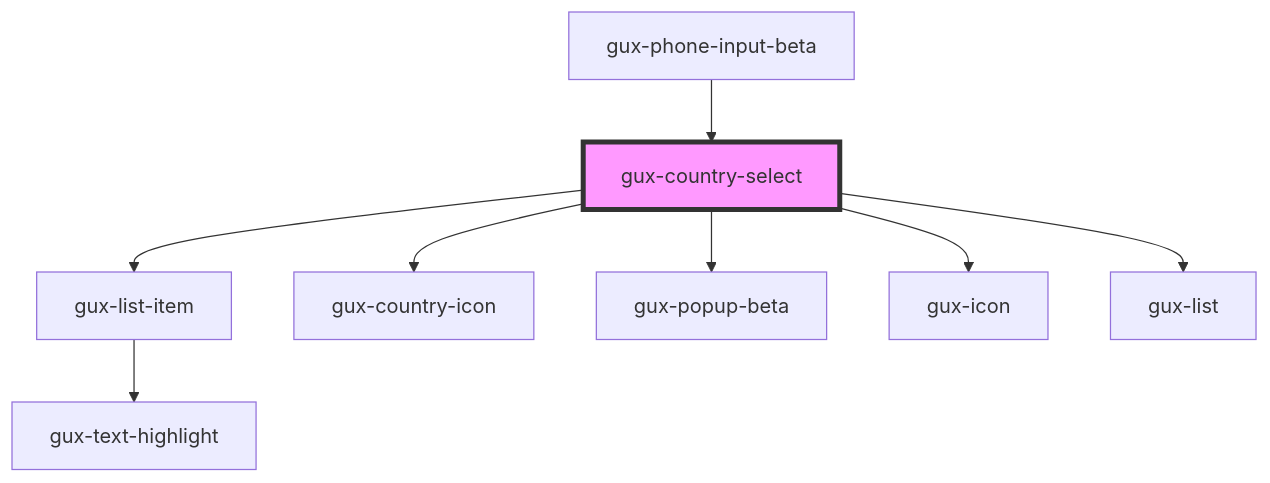
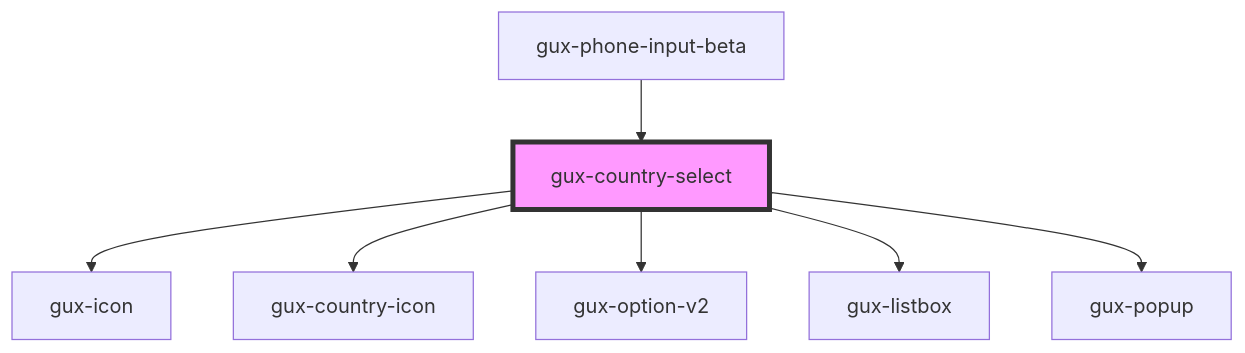
One commit to MyPureCloud/genesys-spark changed the diagram in src/components/beta/gux-phone-input/components/gux-country-select/readme.md. Above: the diagram before and after it, drawn with Mermaid. The commit also changed other lines of this file and 14 other files, not shown here.

````diff
--- a/src/components/beta/gux-phone-input/components/gux-country-select/readme.md
+++ b/src/components/beta/gux-phone-input/components/gux-country-select/readme.md
@@ -31,11 +33,10 @@
 ```mermaid
 graph TD;
-  gux-country-select --> gux-list-item
+  gux-country-select --> gux-icon
   gux-country-select --> gux-country-icon
-  gux-country-select --> gux-popup-beta
-  gux-country-select --> gux-icon
-  gux-country-select --> gux-list
-  gux-list-item --> gux-text-highlight
+  gux-country-select --> gux-option-v2
+  gux-country-select --> gux-listbox
+  gux-country-select --> gux-popup
   gux-phone-input-beta --> gux-country-select
   style gux-country-select fill:#f9f,stroke:#333,stroke-width:4px
 ```
````
